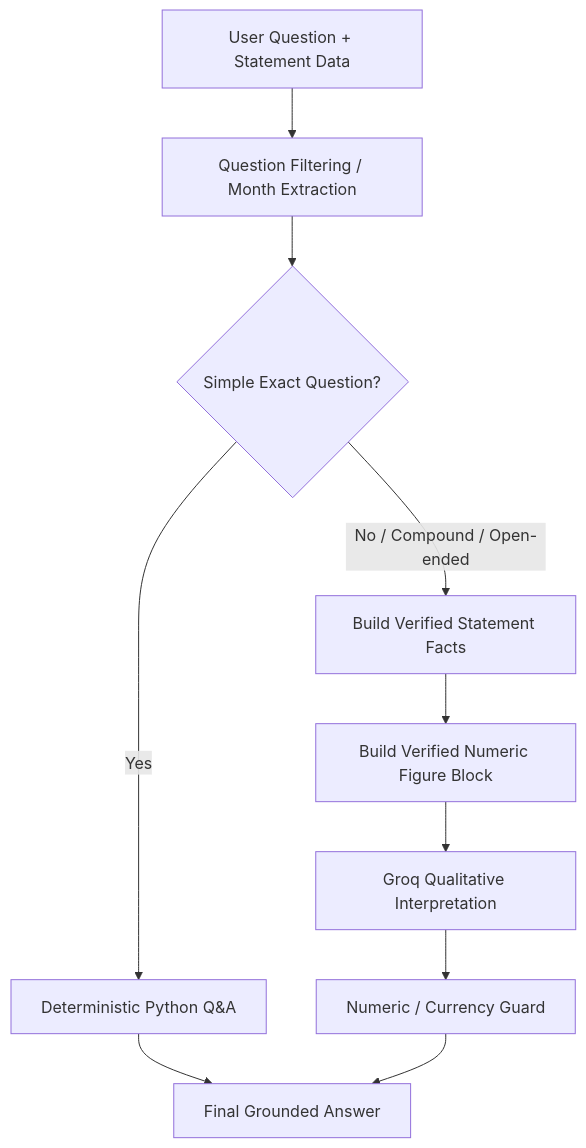
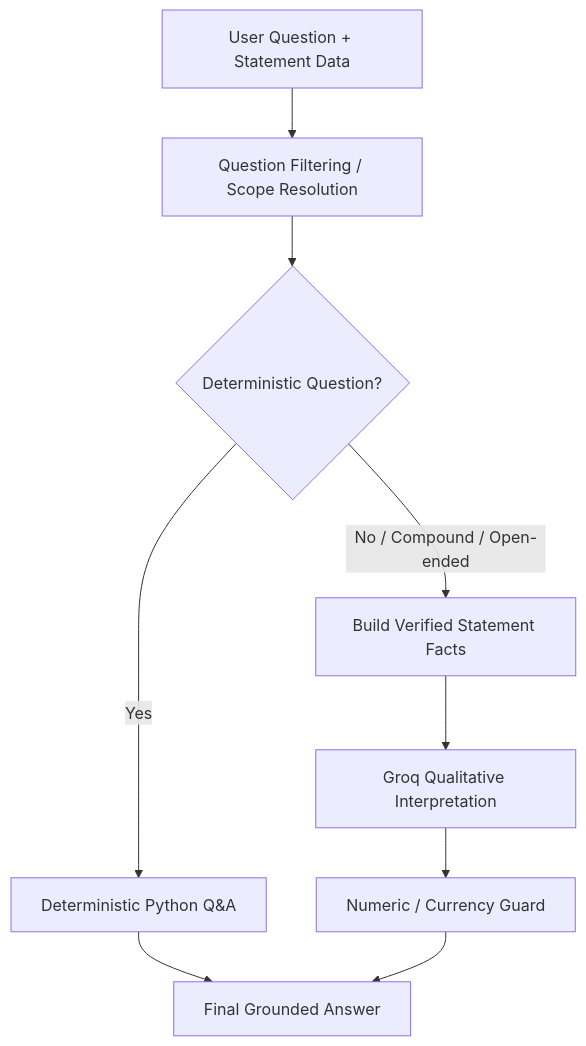
Before and after one commit to daniyalsaqib/Statement_Intelligence_Suite_ABL: the fourth of 6 diagrams in docs/ARCHITECTURE.md, drawn with Mermaid. The commit also changed other lines of this file and 2 other files, not shown here.

````diff
--- a/docs/ARCHITECTURE.md
+++ b/docs/ARCHITECTURE.md
@@ -536,32 +707,29 @@
 ```mermaid
 flowchart TD
     Q[User Question + Statement Data]
 
-    F[Question Filtering / Month Extraction]
+    F[Question Filtering / Scope Resolution]
 
-    O{Simple Exact Question?}
+    O{Deterministic Question?}
 
     D[Deterministic Python Q&A]
 
     VF[Build Verified Statement Facts]
-
-    VB[Build Verified Numeric Figure Block]
 
     G[Groq Qualitative Interpretation]
 
     NG[Numeric / Currency Guard]
 
     R[Final Grounded Answer]
 
     Q --> F
     F --> O
 
     O -->|Yes| D
     D --> R
 
     O -->|No / Compound / Open-ended| VF
-    VF --> VB
-    VB --> G
+    VF --> G
     G --> NG
     NG --> R
 ```
````
